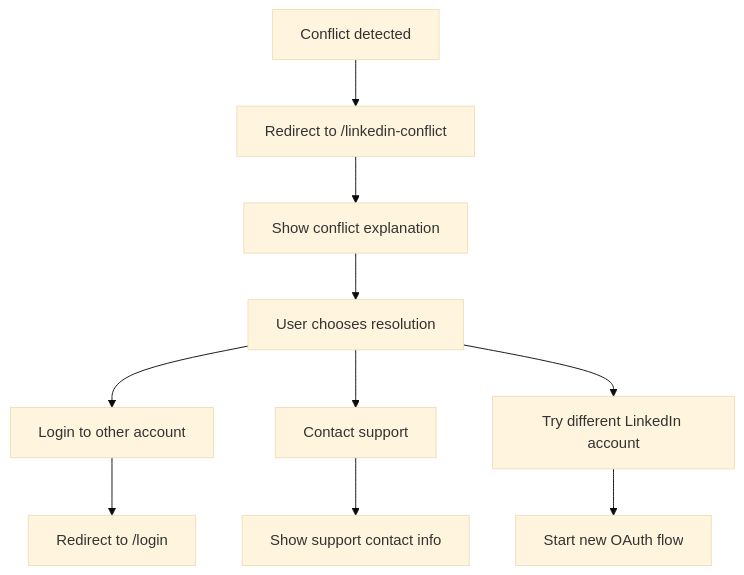
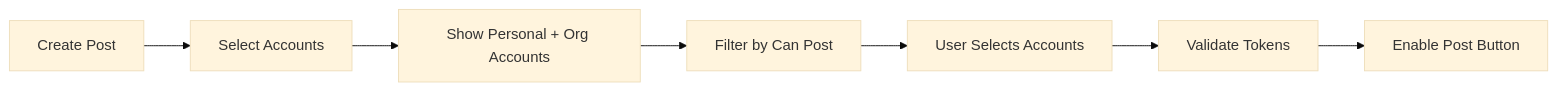
The tenth of 10 diagrams in docs/design_docs/linkedin_integrations/LINKEDIN_OAUTH_DESIGN.md (G11-999/kiwiq), drawn with Mermaid (base theme) before and after one commit. The commit also changed other lines of this file and 6 other files, not shown here.

````diff
--- a/docs/design_docs/linkedin_integrations/LINKEDIN_OAUTH_DESIGN.md
+++ b/docs/design_docs/linkedin_integrations/LINKEDIN_OAUTH_DESIGN.md
@@ -718,15 +723,9 @@
 ```mermaid
-flowchart TD
-    A[Conflict detected] --> B[Redirect to /linkedin-conflict]
-    B --> C[Show conflict explanation]
-    C --> D[User chooses resolution]
-    
-    D --> E[Login to other account]
-    E --> F[Redirect to /login]
-    
-    D --> G[Contact support]
-    G --> H[Show support contact info]
-    
-    D --> I[Try different LinkedIn account]
-    I --> J[Start new OAuth flow]
+flowchart LR
+    A[Create Post] --> B[Select Accounts]
+    B --> C[Show Personal + Org Accounts]
+    C --> D[Filter by Can Post]
+    D --> E[User Selects Accounts]
+    E --> F[Validate Tokens]
+    F --> G[Enable Post Button]
 ```
````
